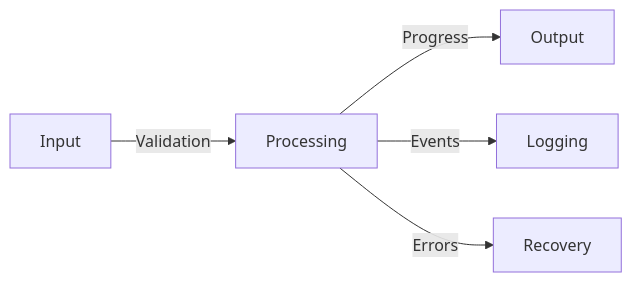
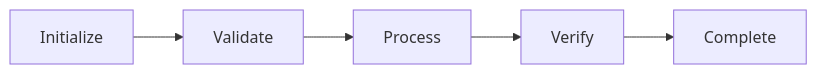
Before and after one commit to amcodin/Powershell_EQL: the second of 3 diagrams in memory-bank/systemPatterns.md, drawn with Mermaid. The commit also changed other lines of this file and 15 other files, not shown here.

````diff
--- a/memory-bank/systemPatterns.md
+++ b/memory-bank/systemPatterns.md
@@ -118,7 +39,7 @@
 ```mermaid
 graph LR
-    A[Input] -->|Validation| B[Processing]
-    B -->|Progress| C[Output]
-    B -->|Events| D[Logging]
-    B -->|Errors| E[Recovery]
+    Init[Initialize] --> Validate[Validate]
+    Validate --> Process[Process]
+    Process --> Verify[Verify]
+    Verify --> Complete[Complete]
 ```
````
